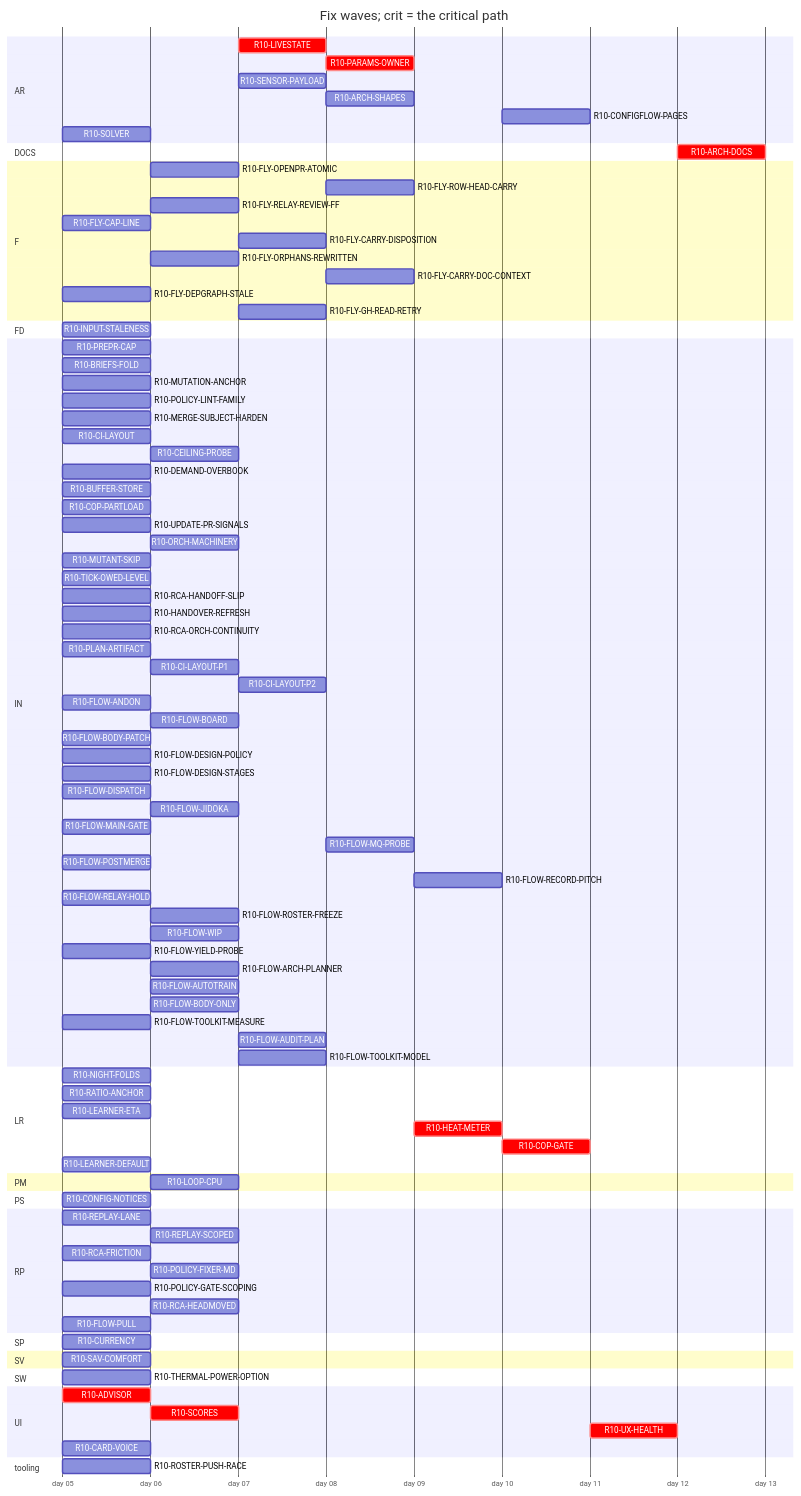
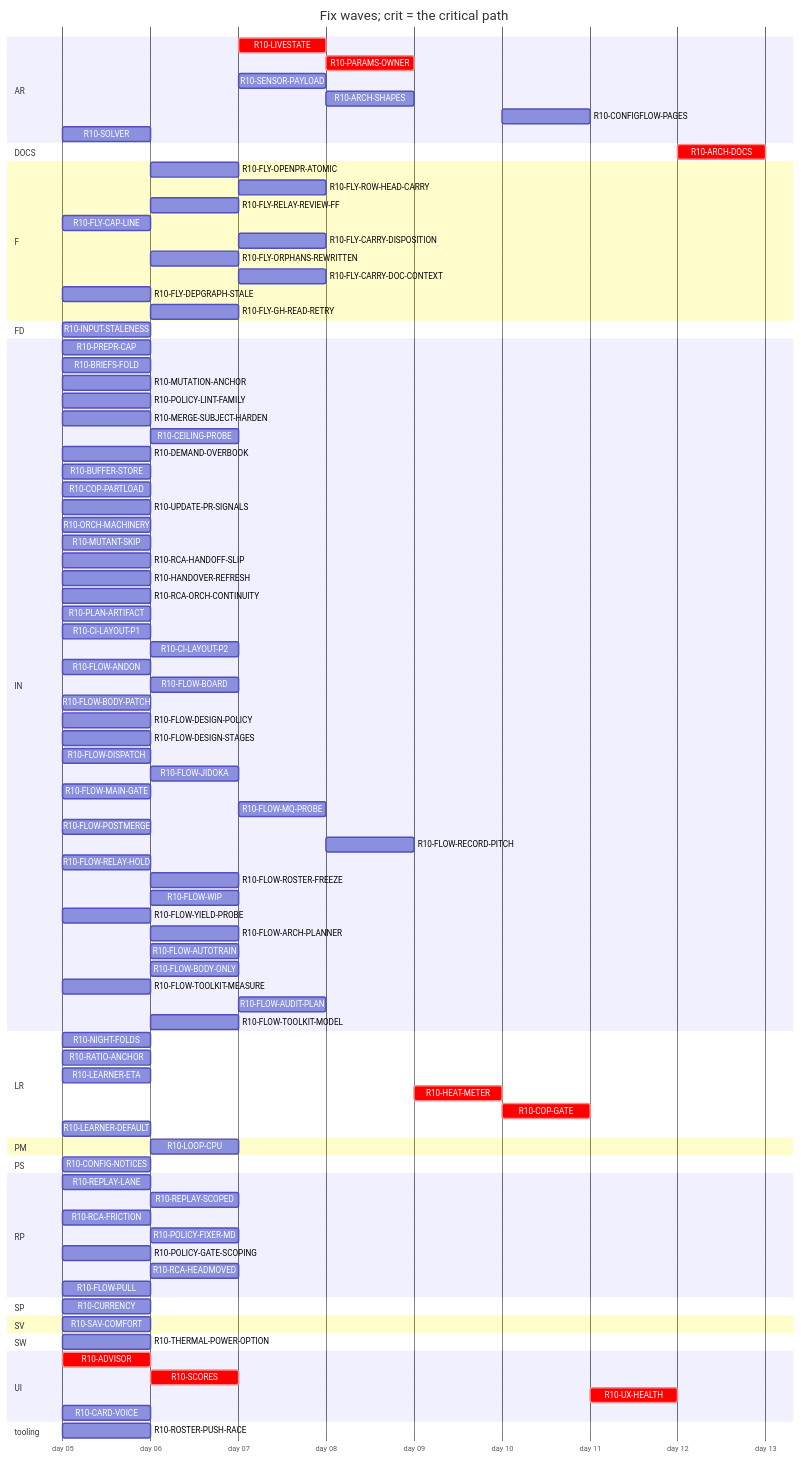
One commit to tvofi/heatpump_optimizer changed the diagram in handoff/round10/state/PLAN-TABLE.md. Above: the diagram before and after it, drawn with Mermaid. The commit also changed other lines of this file and 2 other files, not shown here.

```diff
--- a/handoff/round10/state/PLAN-TABLE.md
+++ b/handoff/round10/state/PLAN-TABLE.md
@@ -41,10 +41,10 @@
   section F
     R10-FLY-OPENPR-ATOMIC :r10FLYOPENPRATOMIC, after r10UPDATEPRSIGNALS, 1d
     R10-FLY-ROW-HEAD-CARRY :r10FLYROWHEADCARRY, after r10CILAYOUTP2 r10FLYOPENPRATOMIC, 1d
-    R10-FLY-RELAY-REVIEW-FF :r10FLYRELAYREVIEWFF, after r10TICKOWEDLEVEL r10FLOWRELAYHOLD r10FLOWANDON r10UPDATEPRSIGNALS, 1d
+    R10-FLY-RELAY-REVIEW-FF :r10FLYRELAYREVIEWFF, after r10FLOWRELAYHOLD r10FLOWANDON r10UPDATEPRSIGNALS, 1d
     R10-FLY-CAP-LINE :r10FLYCAPLINE, 2026-01-05, 1d
     R10-FLY-CARRY-DISPOSITION :r10FLYCARRYDISPOSITION, after r10FLYORPHANSREWRITTEN, 1d
-    R10-FLY-ORPHANS-REWRITTEN :r10FLYORPHANSREWRITTEN, after r10TICKOWEDLEVEL r10FLOWRELAYHOLD r10UPDATEPRSIGNALS, 1d
+    R10-FLY-ORPHANS-REWRITTEN :r10FLYORPHANSREWRITTEN, after r10FLOWRELAYHOLD r10UPDATEPRSIGNALS, 1d
     R10-FLY-CARRY-DOC-CONTEXT :r10FLYCARRYDOCCONTEXT, after r10FLYGHREADRETRY, 1d
     R10-FLY-DEPGRAPH-STALE :r10FLYDEPGRAPHSTALE, 2026-01-05, 1d
     R10-FLY-GH-READ-RETRY :r10FLYGHREADRETRY, after r10CILAYOUTP1 r10FLOWMAINGATE r10UPDATEPRSIGNALS, 1d
@@ -56,20 +56,18 @@
     R10-MUTATION-ANCHOR :r10MUTATIONANCHOR, 2026-01-05, 1d
     R10-POLICY-LINT-FAMILY :r10POLICYLINTFAMILY, 2026-01-05, 1d
     R10-MERGE-SUBJECT-HARDEN :r10MERGESUBJECTHARDEN, 2026-01-05, 1d
-    R10-CI-LAYOUT :r10CILAYOUT, 2026-01-05, 1d
-    R10-CEILING-PROBE :r10CEILINGPROBE, after r10CILAYOUT r10NIGHTFOLDS, 1d
+    R10-CEILING-PROBE :r10CEILINGPROBE, after r10NIGHTFOLDS, 1d
     R10-DEMAND-OVERBOOK :r10DEMANDOVERBOOK, 2026-01-05, 1d
     R10-BUFFER-STORE :r10BUFFERSTORE, 2026-01-05, 1d
     R10-COP-PARTLOAD :r10COPPARTLOAD, 2026-01-05, 1d
     R10-UPDATE-PR-SIGNALS :r10UPDATEPRSIGNALS, 2026-01-05, 1d
-    R10-ORCH-MACHINERY :r10ORCHMACHINERY, after r10CILAYOUT, 1d
+    R10-ORCH-MACHINERY :r10ORCHMACHINERY, 2026-01-05, 1d
     R10-MUTANT-SKIP :r10MUTANTSKIP, 2026-01-05, 1d
-    R10-TICK-OWED-LEVEL :r10TICKOWEDLEVEL, 2026-01-05, 1d
     R10-RCA-HANDOFF-SLIP :r10RCAHANDOFFSLIP, 2026-01-05, 1d
     R10-HANDOVER-REFRESH :r10HANDOVERREFRESH, 2026-01-05, 1d
     R10-RCA-ORCH-CONTINUITY :r10RCAORCHCONTINUITY, 2026-01-05, 1d
     R10-PLAN-ARTIFACT :r10PLANARTIFACT, 2026-01-05, 1d
-    R10-CI-LAYOUT-P1 :r10CILAYOUTP1, after r10CILAYOUT, 1d
+    R10-CI-LAYOUT-P1 :r10CILAYOUTP1, 2026-01-05, 1d
     R10-CI-LAYOUT-P2 :r10CILAYOUTP2, after r10CILAYOUTP1, 1d
     R10-FLOW-ANDON :r10FLOWANDON, 2026-01-05, 1d
     R10-FLOW-BOARD :r10FLOWBOARD, after r10PLANARTIFACT, 1d
```
